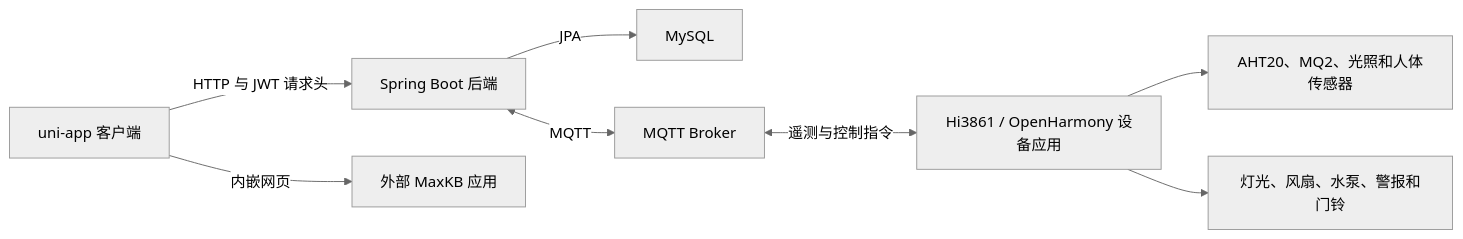
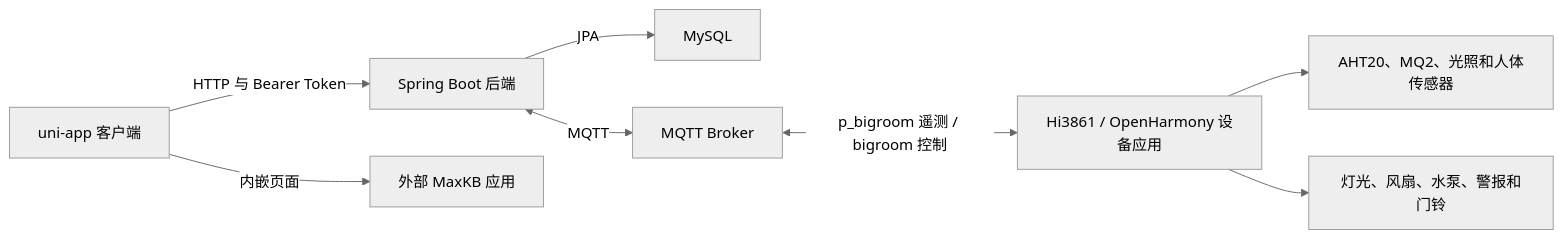
The diagram in README.zh-CN.md (Nrun-Chen/Yijia-SmartHome), drawn with Mermaid (neutral theme) before and after one commit. The commit also changed other lines of this file and 1 other file, not shown here.

````diff
--- a/README.zh-CN.md
+++ b/README.zh-CN.md
@@ -21,10 +38,10 @@
 ```mermaid
 flowchart LR
-    U["uni-app 客户端"] -->|"HTTP 与 JWT 请求头"| B["Spring Boot 后端"]
-    U -->|"内嵌网页"| A["外部 MaxKB 应用"]
+    U["uni-app 客户端"] -->|"HTTP 与 Bearer Token"| B["Spring Boot 后端"]
+    U -->|"内嵌页面"| A["外部 MaxKB 应用"]
     B -->|"JPA"| D["MySQL"]
     B <-->|"MQTT"| M["MQTT Broker"]
-    M <-->|"遥测与控制指令"| H["Hi3861 / OpenHarmony 设备应用"]
+    M <-->|"p_bigroom 遥测 / bigroom 控制"| H["Hi3861 / OpenHarmony 设备应用"]
     H --> S["AHT20、MQ2、光照和人体传感器"]
     H --> E["灯光、风扇、水泵、警报和门铃"]
 ```
````
